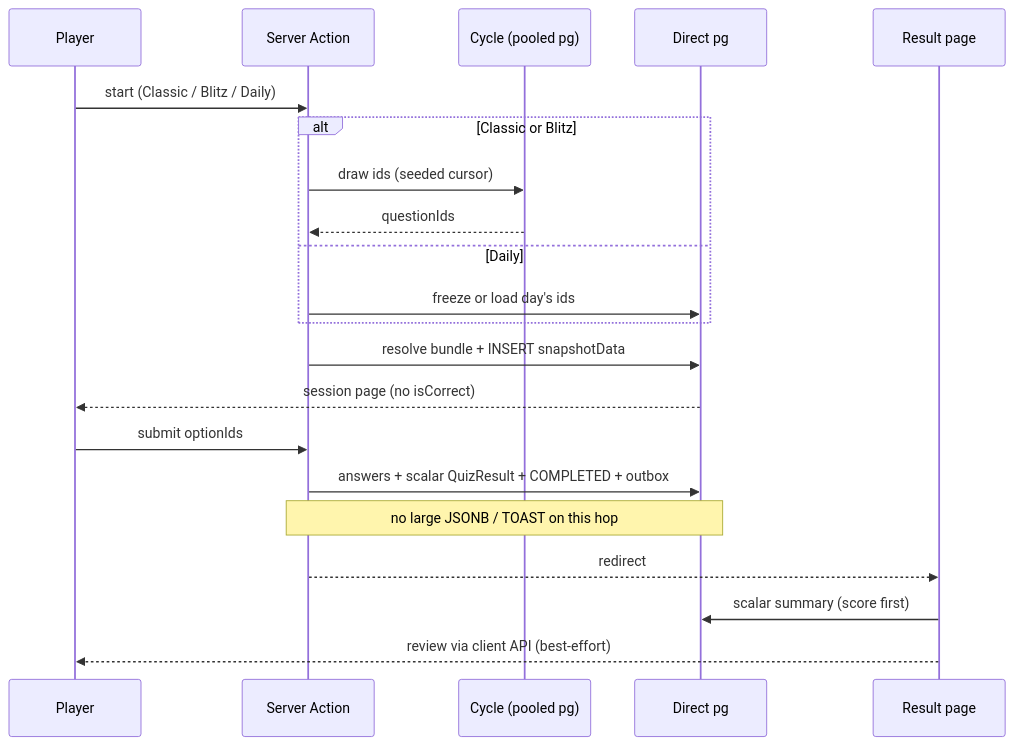
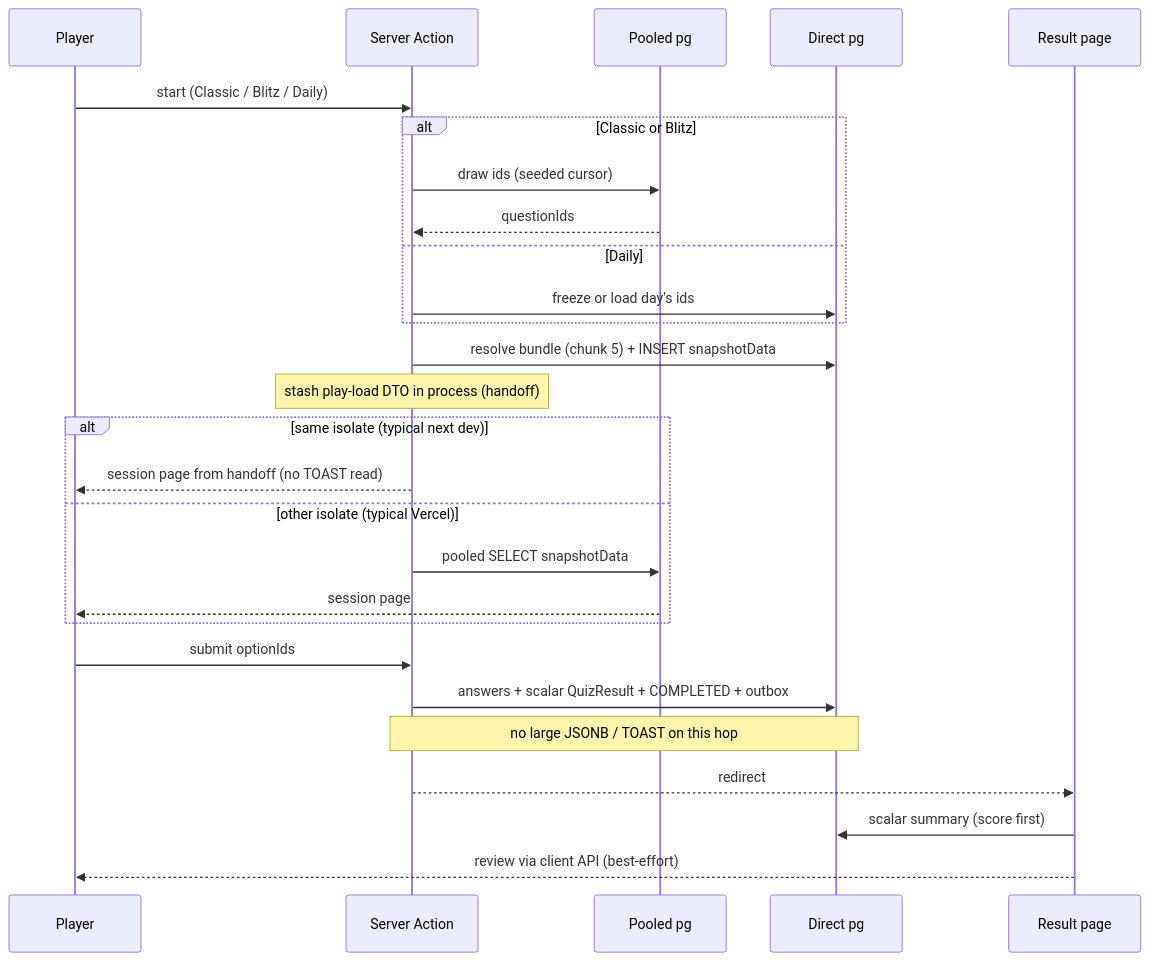
One commit to romanzollo/gamemind changed the second of 2 diagrams in docs/ARCHITECTURE.md. Above: the diagram before and after it, drawn with Mermaid. The commit also changed other lines of this file and 5 other files, not shown here.

Commit message:
docs(quiz): lock Aug 14 start/play-load canon and production-first timeouts

````diff
--- a/docs/ARCHITECTURE.md
+++ b/docs/ARCHITECTURE.md
@@ -78,25 +80,31 @@
 ```mermaid
 sequenceDiagram
   participant U as Player
   participant S as Server Action
-  participant C as Cycle (pooled pg)
+  participant P as Pooled pg
   participant D as Direct pg
   participant R as Result page
 
   U->>S: start (Classic / Blitz / Daily)
   alt Classic or Blitz
-    S->>C: draw ids (seeded cursor)
-    C-->>S: questionIds
+    S->>P: draw ids (seeded cursor)
+    P-->>S: questionIds
   else Daily
     S->>D: freeze or load day's ids
   end
-  S->>D: resolve bundle + INSERT snapshotData
-  D-->>U: session page (no isCorrect)
+  S->>D: resolve bundle (chunk 5) + INSERT snapshotData
+  Note over S: stash play-load DTO in process (handoff)
+  alt same isolate (typical next dev)
+    S-->>U: session page from handoff (no TOAST read)
+  else other isolate (typical Vercel)
+    S->>P: pooled SELECT snapshotData
+    P-->>U: session page
+  end
 
   U->>S: submit optionIds
   S->>D: answers + scalar QuizResult + COMPLETED + outbox
   Note over S,D: no large JSONB / TOAST on this hop
   S-->>R: redirect
   R->>D: scalar summary (score first)
   R-->>U: review via client API (best-effort)
 ```
````
